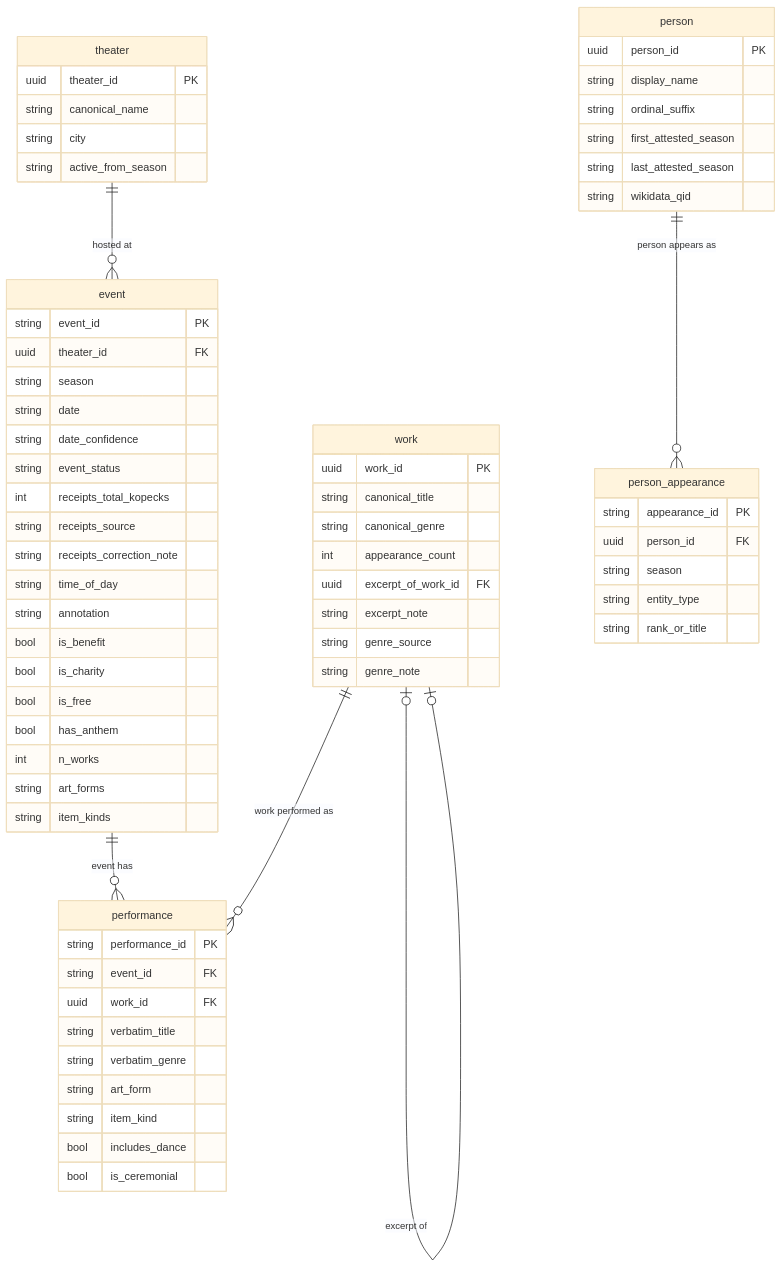
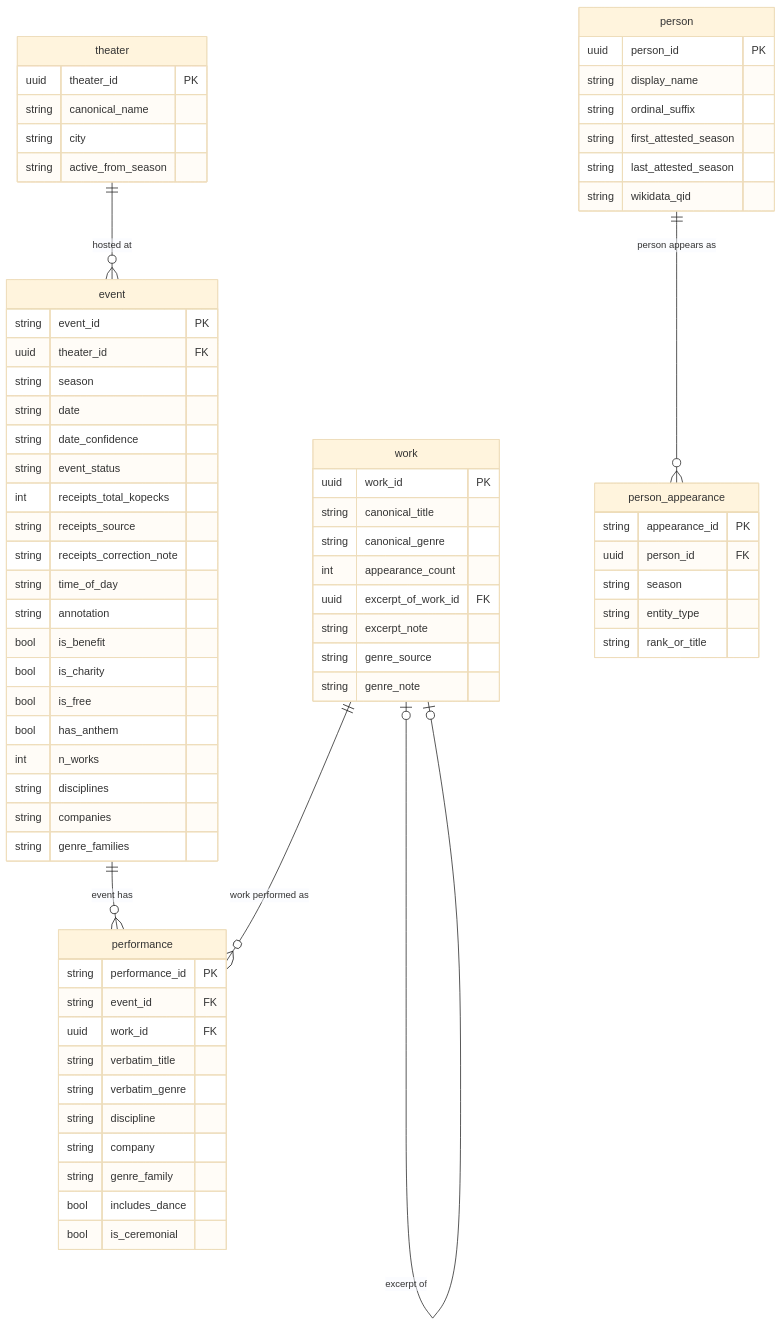
The second of 2 diagrams in README.md (PULdischo/imperial_russia_theatre_yearbooks), drawn with Mermaid (base theme) before and after one commit. The commit also changed 8 other files, not shown here.

First line of the commit message:
Research layer: art_form -> discipline (+ company), item_kind -> genre_family (RG, 2026-10-22)

````diff
--- a/README.md
+++ b/README.md
@@ -264,71 +264,73 @@
 ```mermaid
 erDiagram
     theater {
         uuid theater_id PK
         string canonical_name
         string city
         string active_from_season
     }
     work {
         uuid work_id PK
         string canonical_title
         string canonical_genre
         int appearance_count
         uuid excerpt_of_work_id FK
         string excerpt_note
         string genre_source
         string genre_note
     }
     person {
         uuid person_id PK
         string display_name
         string ordinal_suffix
         string first_attested_season
         string last_attested_season
         string wikidata_qid
     }
     event {
         string event_id PK
         uuid theater_id FK
         string season
         string date
         string date_confidence
         string event_status
         int receipts_total_kopecks
         string receipts_source
         string receipts_correction_note
         string time_of_day
         string annotation
         bool is_benefit
         bool is_charity
         bool is_free
         bool has_anthem
         int n_works
-        string art_forms
-        string item_kinds
+        string disciplines
+        string companies
+        string genre_families
     }
     performance {
         string performance_id PK
         string event_id FK
         uuid work_id FK
         string verbatim_title
         string verbatim_genre
-        string art_form
-        string item_kind
+        string discipline
+        string company
+        string genre_family
         bool includes_dance
         bool is_ceremonial
     }
     person_appearance {
         string appearance_id PK
         uuid person_id FK
         string season
         string entity_type
         string rank_or_title
     }
 
     theater ||--o{ event : "hosted at"
     event ||--o{ performance : "event has"
     work ||--o{ performance : "work performed as"
     work |o--o| work : "excerpt of"
     person ||--o{ person_appearance : "person appears as"
 ```
````
